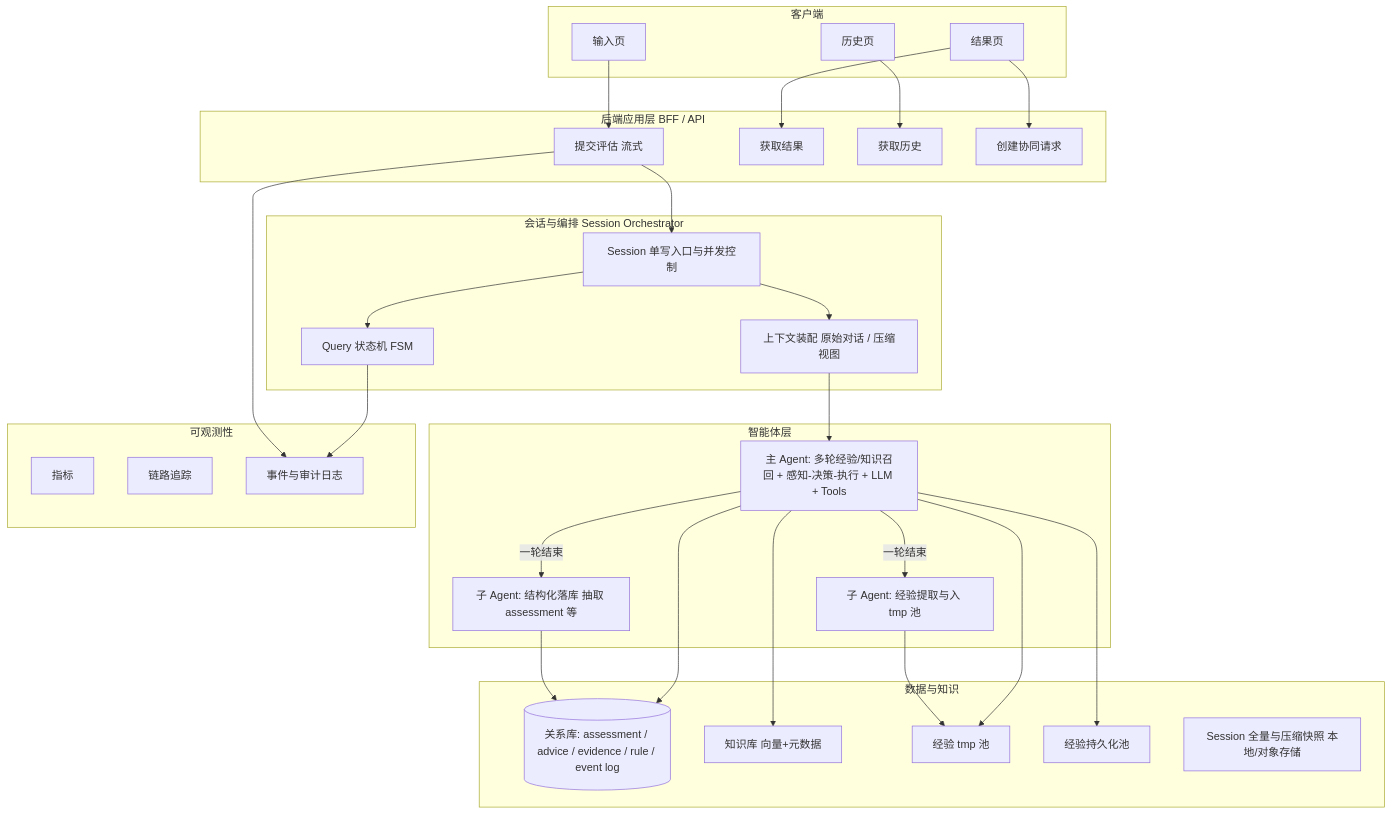
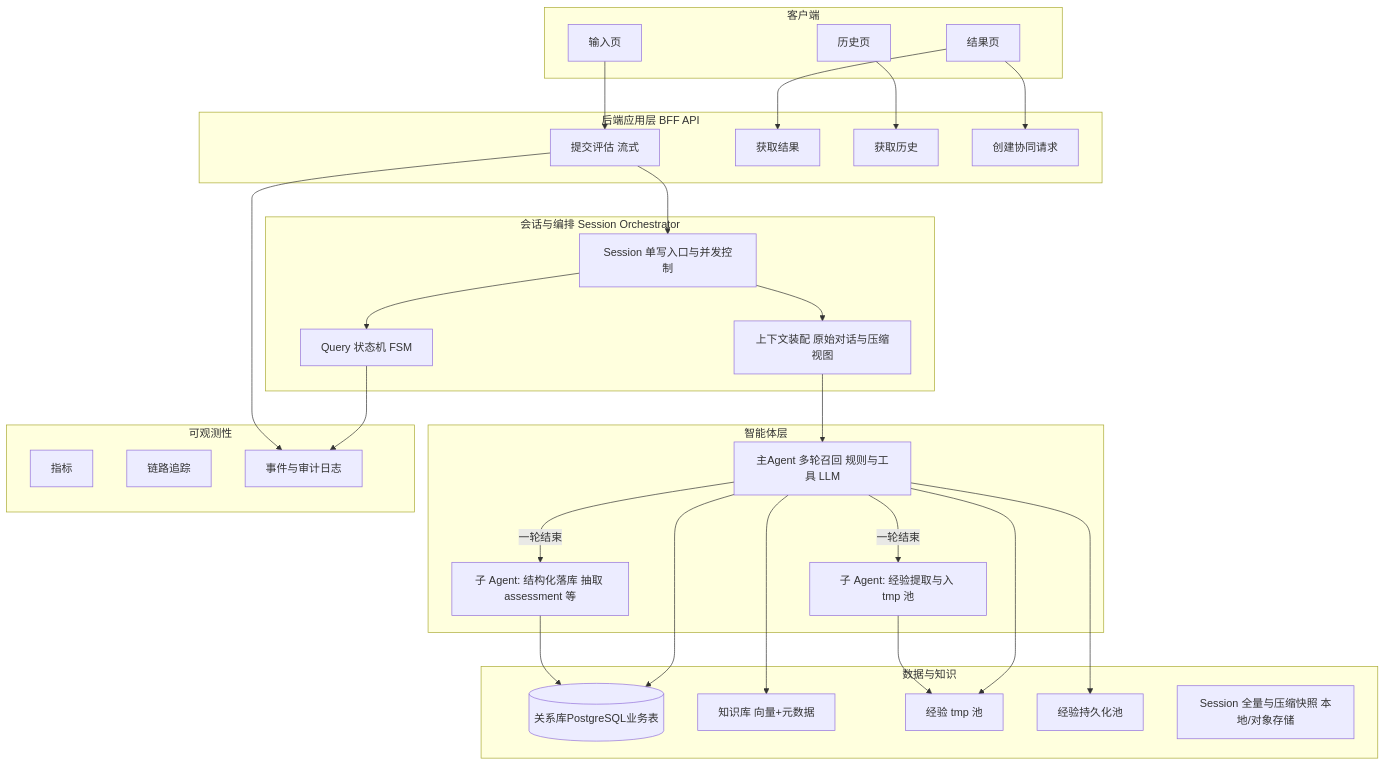
Before and after one commit to LB-Young/SZ: the first of 2 diagrams in docs/Architecture-Design.md, drawn with Mermaid. The commit also changed other lines of this file and 10 other files, not shown here.

````diff
--- a/docs/Architecture-Design.md
+++ b/docs/Architecture-Design.md
@@ -88,62 +4,62 @@
 ```mermaid
-flowchart TB
+graph TB
   subgraph Client["客户端"]
     UI_Input["输入页"]
     UI_Result["结果页"]
     UI_History["历史页"]
   end
 
-  subgraph BFF["后端应用层 BFF / API"]
+  subgraph BFF["后端应用层 BFF API"]
     API_Submit["提交评估 流式"]
     API_GetResult["获取结果"]
     API_History["获取历史"]
     API_Contact["创建协同请求"]
   end
 
   subgraph SessionOrch["会话与编排 Session Orchestrator"]
     SM["Session 单写入口与并发控制"]
     ST["Query 状态机 FSM"]
-    CTX["上下文装配 原始对话 / 压缩视图"]
+    CTX["上下文装配 原始对话与压缩视图"]
   end
 
   subgraph Agents["智能体层"]
-    MA["主 Agent: 多轮经验/知识召回 + 感知-决策-执行 + LLM + Tools"]
+    MA["主Agent 多轮召回 规则与工具 LLM"]
     SA_Persist["子 Agent: 结构化落库 抽取 assessment 等"]
     SA_Exp["子 Agent: 经验提取与入 tmp 池"]
   end
 
   subgraph Data["数据与知识"]
-    DB[(关系库: assessment / advice / evidence / rule / event log)]
+    DB[(关系库PostgreSQL业务表)]
     KB["知识库 向量+元数据"]
     ExpTmp["经验 tmp 池"]
     ExpPer["经验持久化池"]
     SessStore["Session 全量与压缩快照 本地/对象存储"]
   end
 
   subgraph Obs["可观测性"]
     Metrics["指标"]
     Tracing["链路追踪"]
     LogAgg["事件与审计日志"]
   end
 
   UI_Input --> API_Submit
   UI_Result --> API_GetResult
   UI_History --> API_History
   UI_Result --> API_Contact
 
   API_Submit --> SM
   SM --> ST
   SM --> CTX
   CTX --> MA
   MA --> KB
   MA --> DB
   MA --> ExpTmp
   MA --> ExpPer
 
   MA -->|一轮结束| SA_Persist
   MA -->|一轮结束| SA_Exp
   SA_Persist --> DB
   SA_Exp --> ExpTmp
   ST --> LogAgg
   API_Submit --> LogAgg
 ```
````
